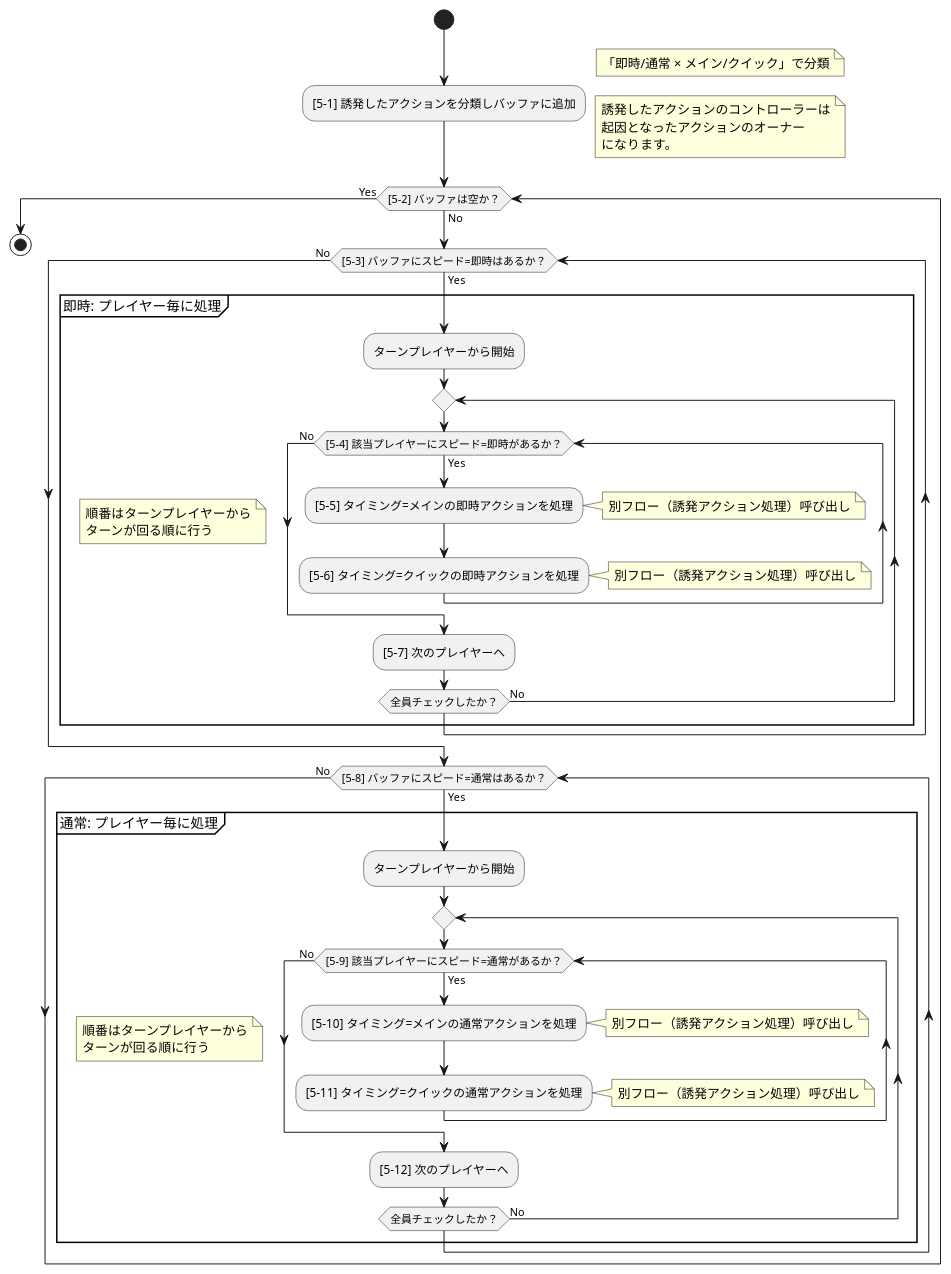
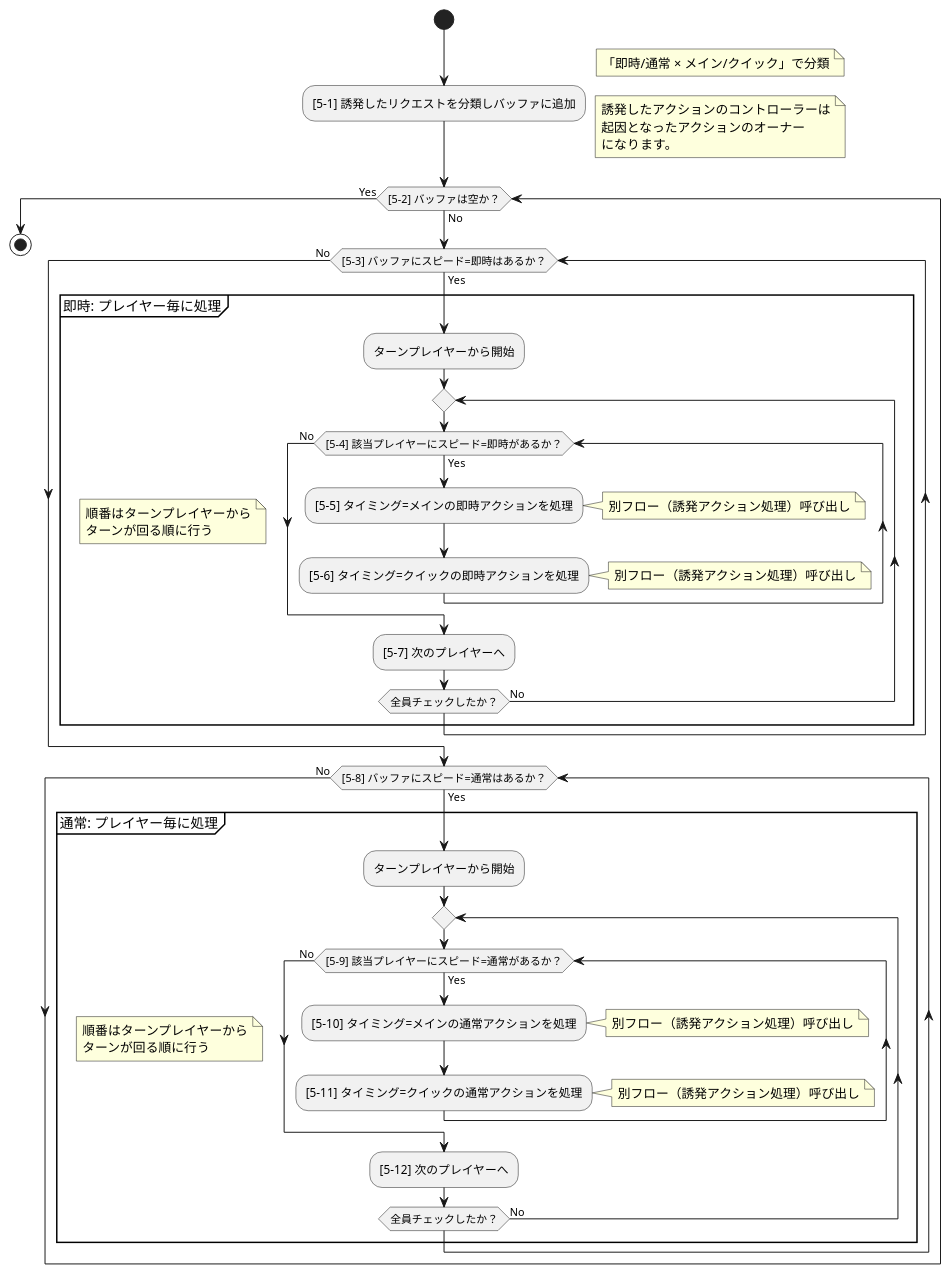
Before and after one commit to BlackPoker/BlackPoker: the diagram in source/core/triggerflow.puml, drawn with PlantUML. The commit also changed 9 other files, not shown here.

```diff
--- a/source/core/triggerflow.puml
+++ b/source/core/triggerflow.puml
@@ -1,81 +1,81 @@
 @startuml
 skinparam defaultFontName "Droid Sans Fallback"
 '==============================
 '【Main method】（アクション分類・プレイヤー毎処理）
 '==============================
 |Main method|
 start
-:[5-1] 誘発したアクションを分類しバッファに追加;
+:[5-1] 誘発したリクエストを分類しバッファに追加;
 note right
     「即時/通常 × メイン/クイック」で分類
 end note
 note right
     誘発したアクションのコントローラーは
     起因となったアクションのオーナー
     になります。
 end note
 
 while ([5-2] バッファは空か？) is (No) 
   ' 外部ループ：バッファに何らかのアクションが残っている限り処理する
 
   '-------------------------------------------
   '【即時：プレイヤー毎に処理】
   '-------------------------------------------
   while ([5-3] バッファにスピード=即時はあるか？) is (Yes)
 
     group 即時: プレイヤー毎に処理
     note
         順番はターンプレイヤーから
         ターンが回る順に行う
     end note
 
       :ターンプレイヤーから開始;
 
       repeat
         while ([5-4] 該当プレイヤーにスピード=即時があるか？) is (Yes)
           :[5-5] タイミング=メインの即時アクションを処理;
           note right
             別フロー（誘発アクション処理）呼び出し
           end note
           :[5-6] タイミング=クイックの即時アクションを処理;
           note right
             別フロー（誘発アクション処理）呼び出し
           end note
         endwhile (No)
         :[5-7] 次のプレイヤーへ;
       repeat while (全員チェックしたか？) is (No)
     end group
   endwhile (No)
 
   '-------------------------------------------
   '【通常：プレイヤー毎に処理】
   '-------------------------------------------
   while ([5-8] バッファにスピード=通常はあるか？) is (Yes)
 
     group 通常: プレイヤー毎に処理
     note
         順番はターンプレイヤーから
         ターンが回る順に行う
     end note
 
       :ターンプレイヤーから開始;
 
       repeat
         while ([5-9] 該当プレイヤーにスピード=通常があるか？) is (Yes)
           :[5-10] タイミング=メインの通常アクションを処理;
           note right
             別フロー（誘発アクション処理）呼び出し
           end note
           :[5-11] タイミング=クイックの通常アクションを処理;
           note right
             別フロー（誘発アクション処理）呼び出し
           end note
         endwhile (No)
         :[5-12] 次のプレイヤーへ;
       repeat while (全員チェックしたか？) is (No)
     end group
   endwhile (No)
 
 endwhile (Yes)
 stop
 @enduml
```
